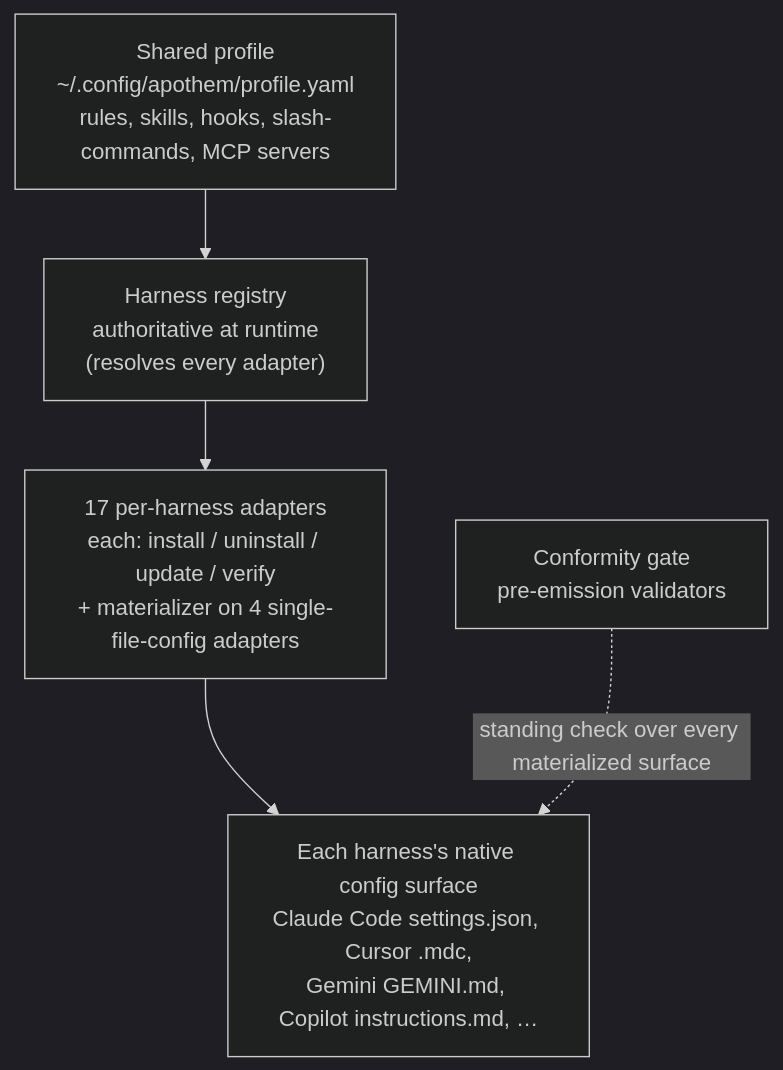
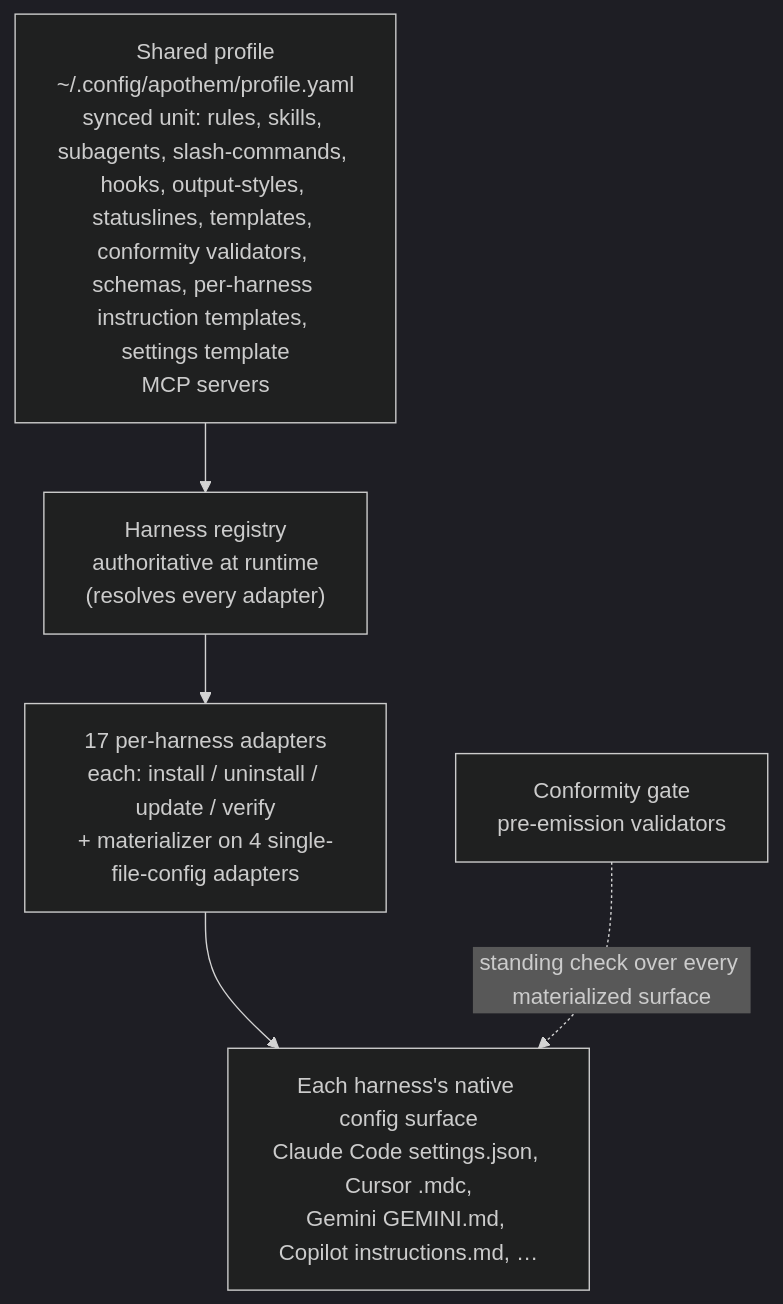
The diagram in site/content/docs/ar/architecture/index.mdx (Ahmed-G-Gad/apothem), drawn with Mermaid (dark theme) before and after one commit. The commit also changed other lines of this file and 362 other files, not shown here.

````diff
--- a/site/content/docs/ar/architecture/index.mdx
+++ b/site/content/docs/ar/architecture/index.mdx
@@ -21,18 +21,18 @@
 ```mermaid
 %% provenance: hand-authored %%
 %% verified: 2026-06-23 %%
 %% cross-reference: src/apothem/lib/harness_registry.py (runtime registry) + src/apothem/harnesses/ (adapter sub-packages) + src/apothem/conformity/ (conformity gate) %%
 flowchart TD
     accTitle: Apothem end-to-end materialization flow
     accDescr: One shared profile feeds the harness registry, which resolves seventeen per-harness adapters; each adapter runs its install, uninstall, update, and verify lifecycle, with four single-file-config adapters also rendering a native config file through a materializer, and writes the harness's own native configuration surface. A standing conformity gate checks every materialized surface.
-    P["Shared profile<br/>~/.config/apothem/profile.yaml<br/>rules, skills, hooks, slash-commands, MCP servers"]
+    P["Shared profile<br/>~/.config/apothem/profile.yaml<br/>synced unit: rules, skills, subagents, slash-commands, hooks, output-styles, statuslines, templates, conformity validators, schemas, per-harness instruction templates, settings template<br/>MCP servers"]
     R["Harness registry<br/>authoritative at runtime<br/>(resolves every adapter)"]
     A["17 per-harness adapters<br/>each: install / uninstall / update / verify<br/>+ materializer on 4 single-file-config adapters"]
     N["Each harness's native config surface<br/>Claude Code settings.json, Cursor .mdc,<br/>Gemini GEMINI.md, Copilot instructions.md, …"]
     G["Conformity gate<br/>pre-emission validators"]
 
     P --> R
     R --> A
     A --> N
     G -.->|standing check over every materialized surface| N
 ```
````
